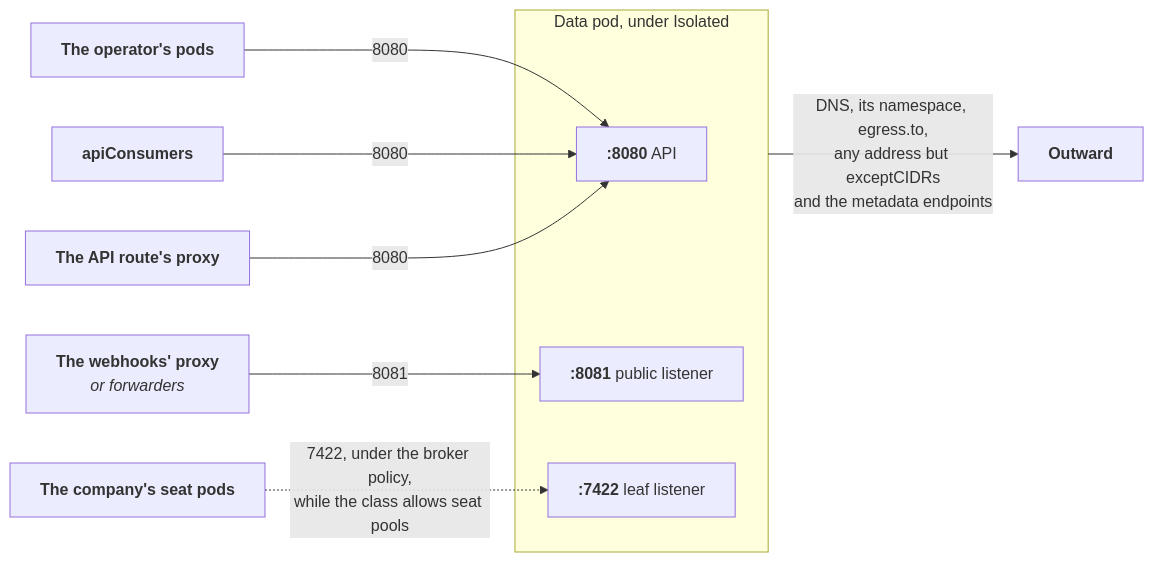
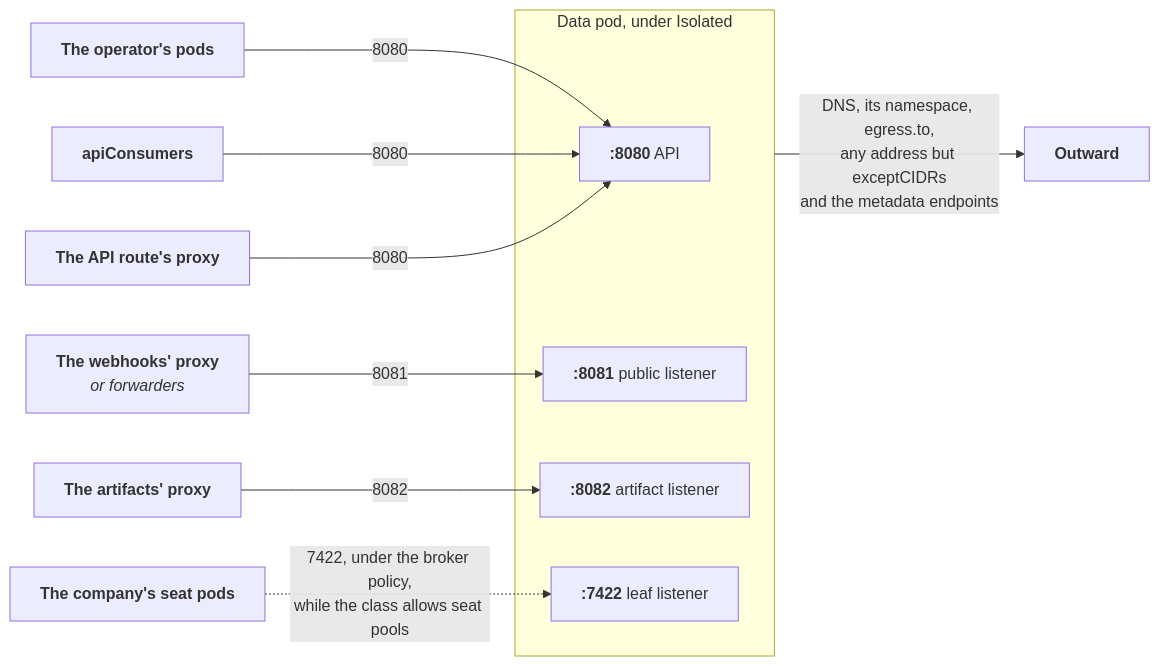
The second of 2 diagrams in docs/guides/exposure.md (crewlet/crewlet-operator), drawn with Mermaid before and after one commit. The commit also changed other lines of this file and 14 other files, not shown here.

````diff
--- a/docs/guides/exposure.md
+++ b/docs/guides/exposure.md
@@ -457,14 +555,16 @@
 ```mermaid
 flowchart LR
     OP["<b>The operator's pods</b>"] -->|8080| A
     AC["<b>apiConsumers</b>"] -->|8080| A
     AR["<b>The API route's proxy</b>"] -->|8080| A
     WR["<b>The webhooks' proxy</b><br/><i>or forwarders</i>"] -->|8081| P
+    XR["<b>The artifacts' proxy</b>"] -->|8082| X
     SP["<b>The company's seat pods</b>"] -.->|"7422, under the broker policy,<br/>while the class allows seat pools"| L
     subgraph pod["Data pod, under Isolated"]
         A["<b>:8080</b> API"]
         P["<b>:8081</b> public listener"]
+        X["<b>:8082</b> artifact listener"]
         L["<b>:7422</b> leaf listener"]
     end
     pod -->|"DNS, its namespace, egress.to,<br/>any address but exceptCIDRs<br/>and the metadata endpoints"| OUT["<b>Outward</b>"]
 ```
````
